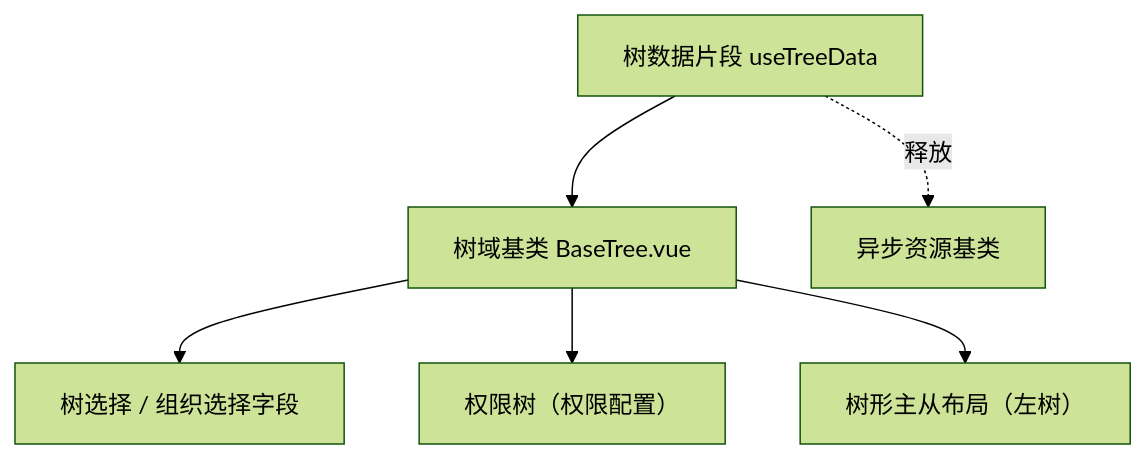
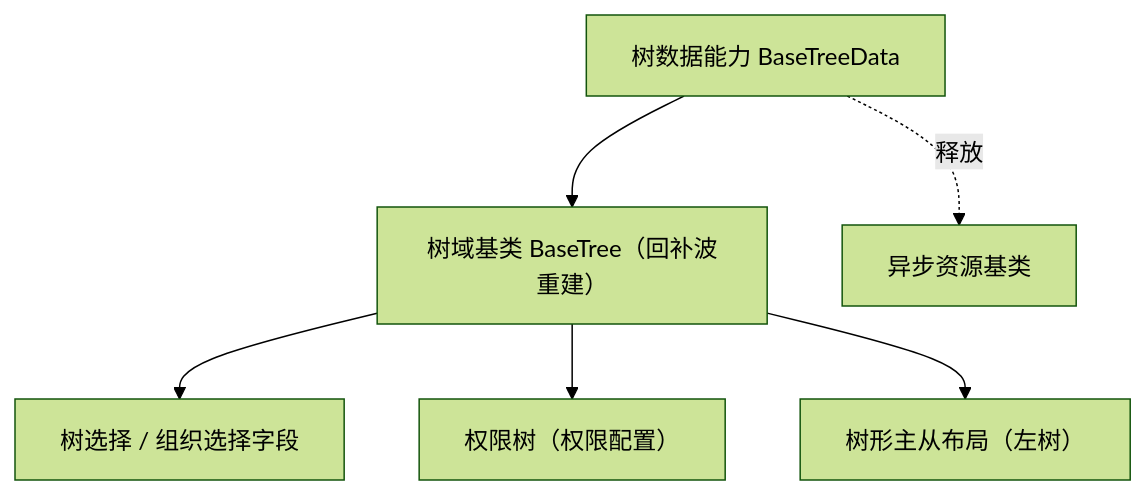
One commit to minjian123/basic-management-system changed the diagram in bms文档/设计/组件设计/02_基础组件类/02_能力片段/18_组件设计_树数据片段/18_组件设计_树数据片段.md. Above: the diagram before and after it, drawn with Mermaid (forest theme). The commit also changed other lines of this file and 49 other files, not shown here.

````diff
--- a/bms文档/设计/组件设计/02_基础组件类/02_能力片段/18_组件设计_树数据片段/18_组件设计_树数据片段.md
+++ b/bms文档/设计/组件设计/02_基础组件类/02_能力片段/18_组件设计_树数据片段/18_组件设计_树数据片段.md
@@ -15,8 +15,8 @@
 ```mermaid
 flowchart TD
-    TD["树数据片段 useTreeData"] --> BT["树域基类 BaseTree.vue"]
+    TD["树数据能力 BaseTreeData"] --> BT["树域基类 BaseTree（回补波重建）"]
     BT --> T1["树选择 / 组织选择字段"]
     BT --> T2["权限树（权限配置）"]
     BT --> T3["树形主从布局（左树）"]
     TD -. 释放 .-> AR["异步资源基类"]
 ```
````
